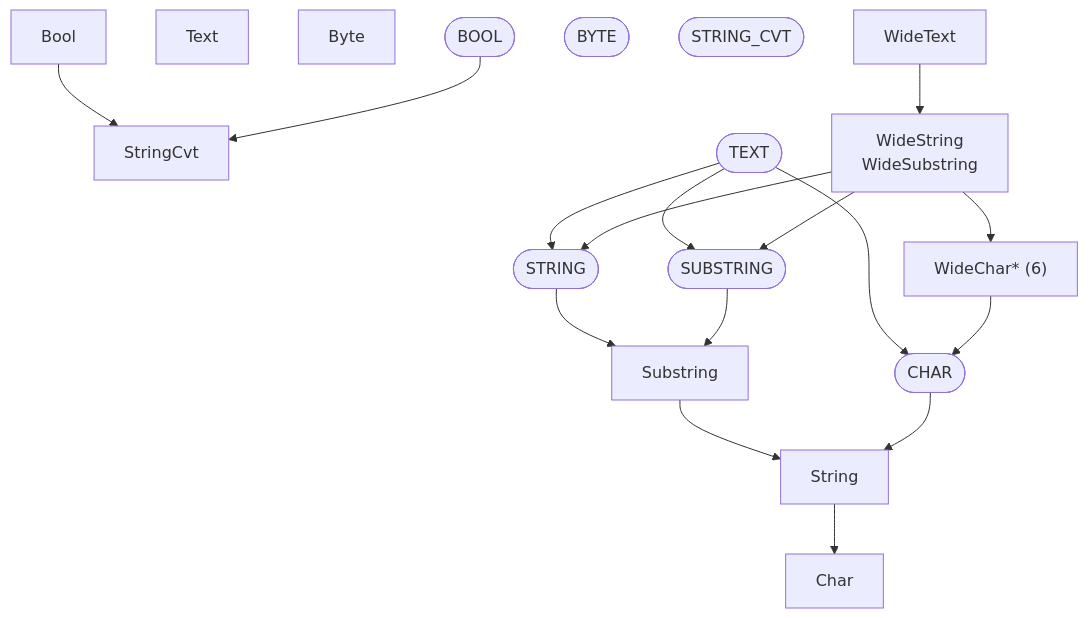
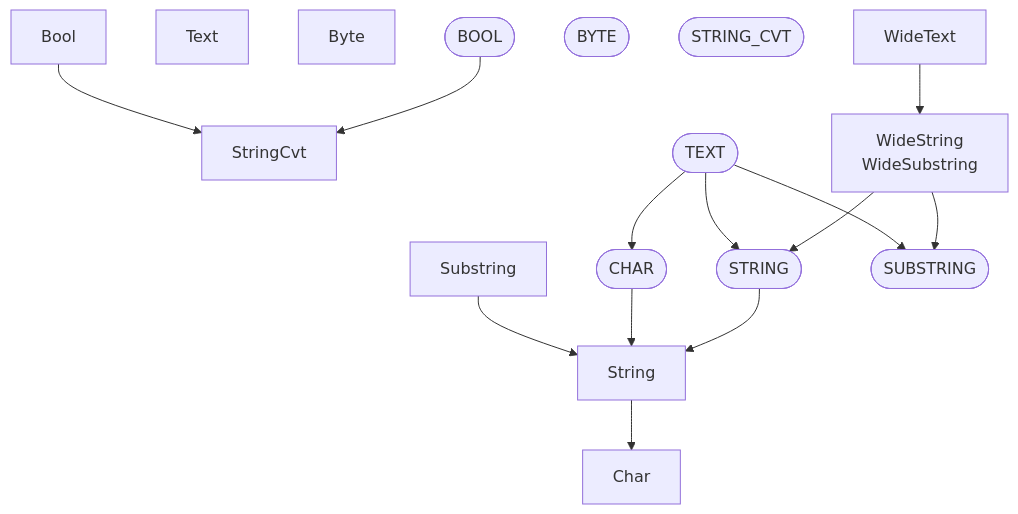
The third of 9 diagrams in docs/generated/basis/depends.md (ruudkoot/rune), drawn with Mermaid before and after one commit. The commit also changed other lines of this file and 8 other files, not shown here.

````diff
--- a/docs/generated/basis/depends.md
+++ b/docs/generated/basis/depends.md
@@ -70,35 +75,31 @@
 ```mermaid
 flowchart TD
   n1["StringCvt"]
   n2["Bool"]
   n20["Char"]
   n21["String"]
   n30["Substring"]
   n59["Text"]
   n75["Byte"]
-  n92(["BOOL"])
-  n93(["BYTE"])
-  n94(["CHAR"])
-  n120(["STRING"])
-  n121(["STRING_CVT"])
-  n122(["SUBSTRING"])
-  n132(["TEXT"])
-  n144["WideChar* (6)"]
-  n145["WideString<br>WideSubstring"]
-  n146["WideText"]
+  n102(["BOOL"])
+  n103(["BYTE"])
+  n104(["CHAR"])
+  n130(["STRING"])
+  n131(["STRING_CVT"])
+  n132(["SUBSTRING"])
+  n142(["TEXT"])
+  n155["WideString<br>WideSubstring"]
+  n156["WideText"]
   n2 --> n1
   n21 --> n20
   n30 --> n21
-  n92 --> n1
-  n94 --> n21
-  n120 --> n30
-  n122 --> n30
-  n132 --> n94
-  n132 --> n120
-  n132 --> n122
-  n144 --> n94
-  n145 --> n144
-  n145 --> n120
-  n145 --> n122
-  n146 --> n145
+  n102 --> n1
+  n104 --> n21
+  n130 --> n21
+  n142 --> n104
+  n142 --> n130
+  n142 --> n132
+  n155 --> n130
+  n155 --> n132
+  n156 --> n155
 ```
````
